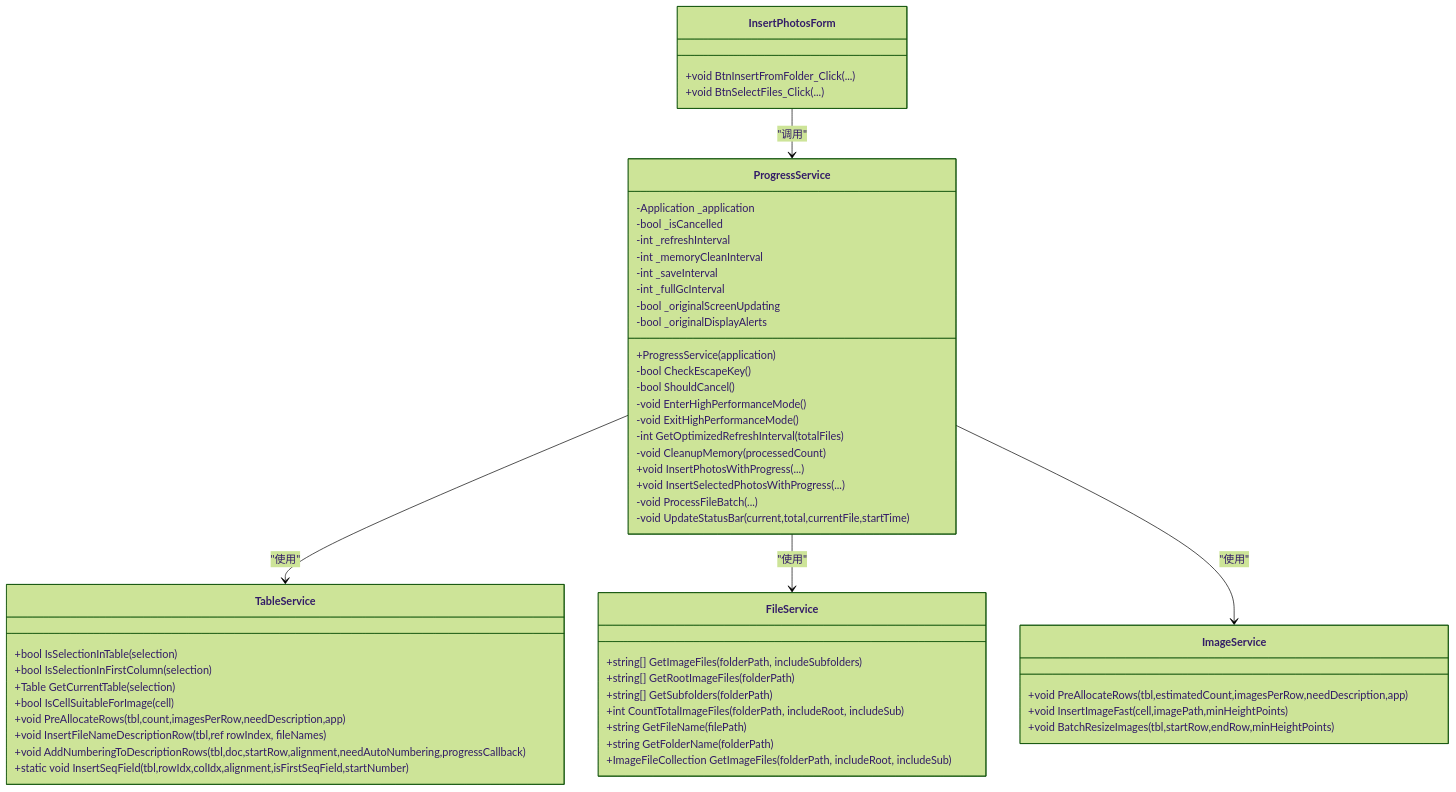
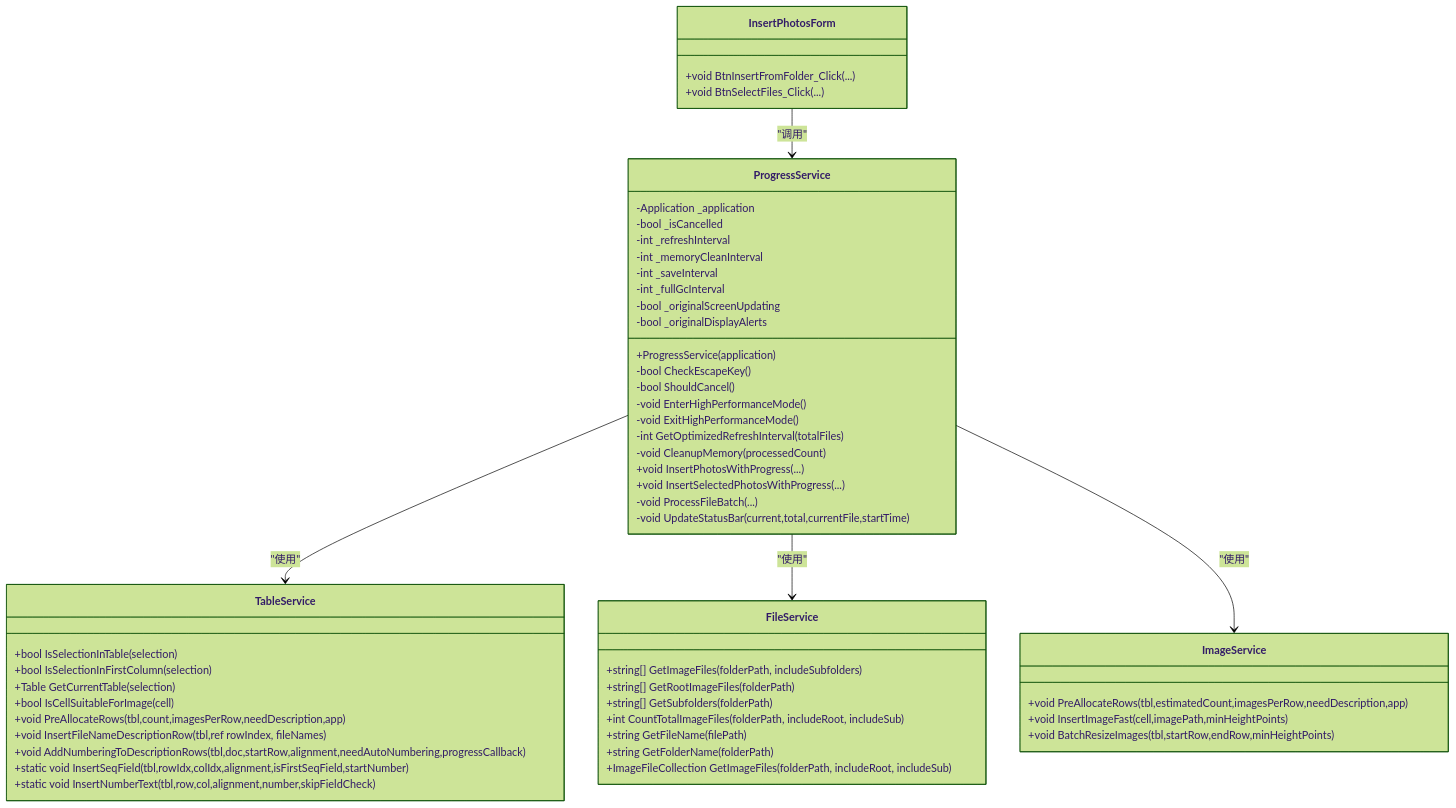
One commit to rainiva/WordTools changed the third of 8 diagrams in .qoder/repowiki/zh/content/服务层/进度服务.md. Above: the diagram before and after it, drawn with Mermaid (forest theme). The commit also changed other lines of this file and 8 other files, not shown here.

Commit message:
perf: 大表格插图性能优化-清理编号与计算起始号瓶颈修复+诊断计时

````diff
--- a/.qoder/repowiki/zh/content/服务层/进度服务.md
+++ b/.qoder/repowiki/zh/content/服务层/进度服务.md
@@ -154,56 +158,57 @@
 ```mermaid
 classDiagram
 class ProgressService {
 -Application _application
 -bool _isCancelled
 -int _refreshInterval
 -int _memoryCleanInterval
 -int _saveInterval
 -int _fullGcInterval
 -bool _originalScreenUpdating
 -bool _originalDisplayAlerts
 +ProgressService(application)
 -bool CheckEscapeKey()
 -bool ShouldCancel()
 -void EnterHighPerformanceMode()
 -void ExitHighPerformanceMode()
 -int GetOptimizedRefreshInterval(totalFiles)
 -void CleanupMemory(processedCount)
 +void InsertPhotosWithProgress(...)
 +void InsertSelectedPhotosWithProgress(...)
 -void ProcessFileBatch(...)
 -void UpdateStatusBar(current,total,currentFile,startTime)
 }
 class TableService {
 +bool IsSelectionInTable(selection)
 +bool IsSelectionInFirstColumn(selection)
 +Table GetCurrentTable(selection)
 +bool IsCellSuitableForImage(cell)
 +void PreAllocateRows(tbl,count,imagesPerRow,needDescription,app)
 +void InsertFileNameDescriptionRow(tbl,ref rowIndex, fileNames)
 +void AddNumberingToDescriptionRows(tbl,doc,startRow,alignment,needAutoNumbering,progressCallback)
 +static void InsertSeqField(tbl,rowIdx,colIdx,alignment,isFirstSeqField,startNumber)
++static void InsertNumberText(tbl,row,col,alignment,number,skipFieldCheck)
 }
 class FileService {
 +string[] GetImageFiles(folderPath, includeSubfolders)
 +string[] GetRootImageFiles(folderPath)
 +string[] GetSubfolders(folderPath)
 +int CountTotalImageFiles(folderPath, includeRoot, includeSub)
 +string GetFileName(filePath)
 +string GetFolderName(folderPath)
 +ImageFileCollection GetImageFiles(folderPath, includeRoot, includeSub)
 }
 class ImageService {
 +void PreAllocateRows(tbl,estimatedCount,imagesPerRow,needDescription,app)
 +void InsertImageFast(cell,imagePath,minHeightPoints)
 +void BatchResizeImages(tbl,startRow,endRow,minHeightPoints)
 }
 class InsertPhotosForm {
 +void BtnInsertFromFolder_Click(...)
 +void BtnSelectFiles_Click(...)
 }
 ProgressService --> TableService : "使用"
 ProgressService --> FileService : "使用"
 ProgressService --> ImageService : "使用"
 InsertPhotosForm --> ProgressService : "调用"
 ```
````
